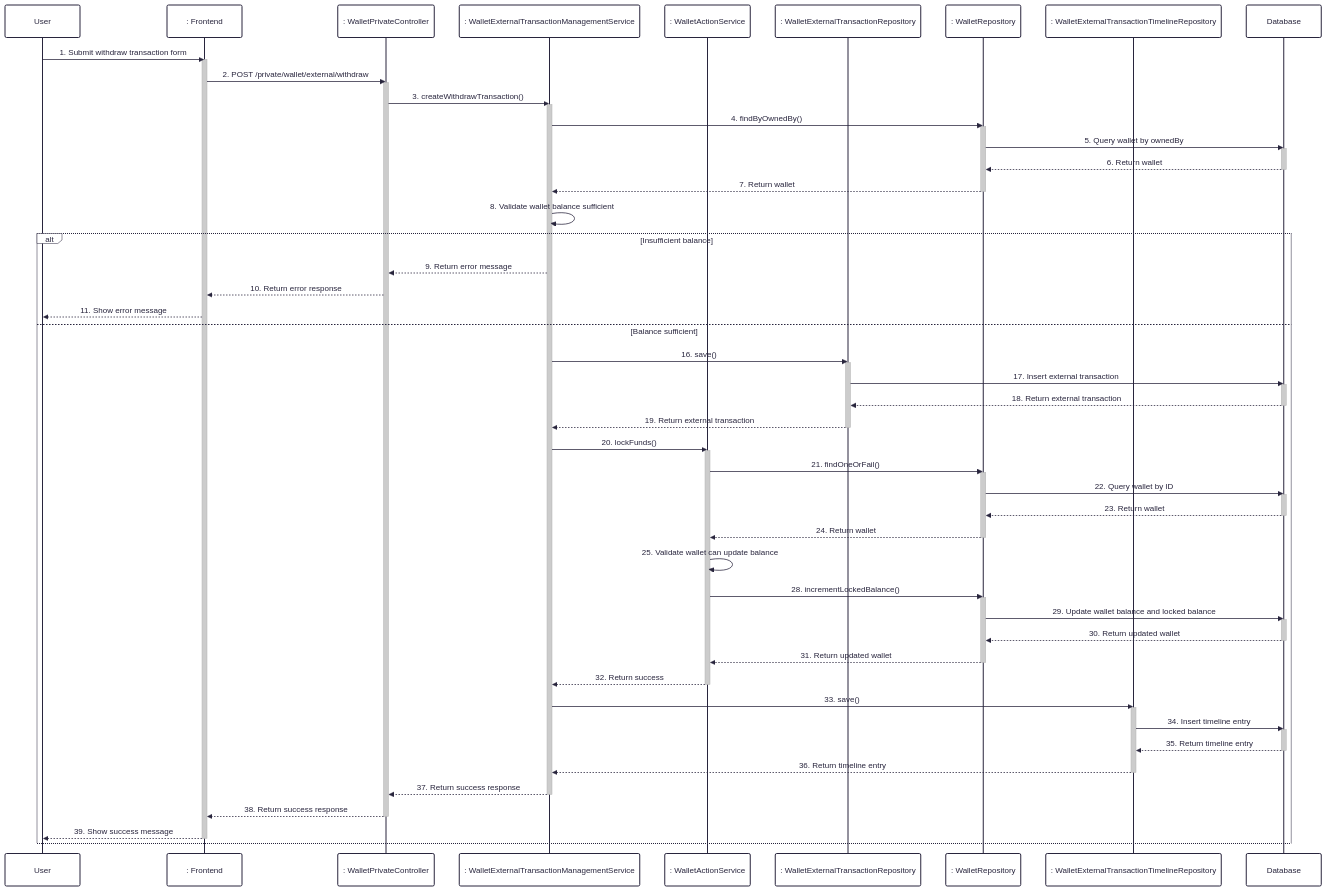
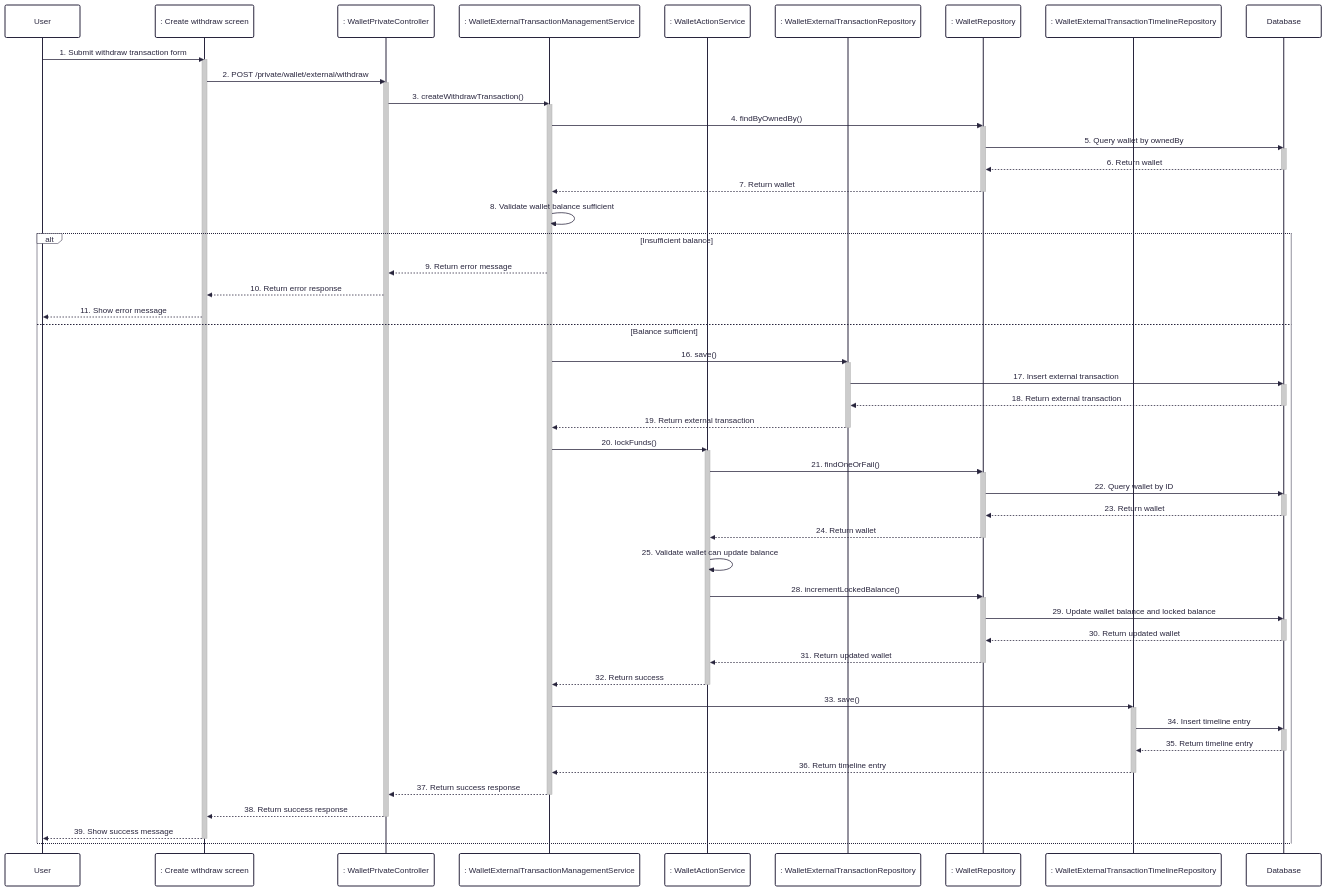
Before and after one commit to UrbanLens-2025/urban-lens_server: the diagram in docs/sequence/12-create-withdraw-transaction.md, drawn with Mermaid. The commit also changed 11 other files, not shown here.

Commit message:
Sequence diagrams

````diff
--- a/docs/sequence/12-create-withdraw-transaction.md
+++ b/docs/sequence/12-create-withdraw-transaction.md
@@ -1,82 +1,82 @@
 ```mermaid
 ---
 config:
   theme: redux
   look: classic
 ---
 sequenceDiagram
     participant User
-    participant Frontend as : Frontend
+    participant Frontend as : Create withdraw screen
     participant WalletPrivateController as : WalletPrivateController
     participant WalletExternalTransactionManagementService as : WalletExternalTransactionManagementService
     participant WalletActionService as : WalletActionService
     participant WalletExternalTransactionRepository as : WalletExternalTransactionRepository
     participant WalletRepository as : WalletRepository
     participant WalletExternalTransactionTimelineRepository as : WalletExternalTransactionTimelineRepository
     participant Database
 
     User->>Frontend: 1. Submit withdraw transaction form
     activate Frontend
     Frontend->>WalletPrivateController: 2. POST /private/wallet/external/withdraw
     activate WalletPrivateController
     WalletPrivateController->>WalletExternalTransactionManagementService: 3. createWithdrawTransaction()
     activate WalletExternalTransactionManagementService
     WalletExternalTransactionManagementService->>WalletRepository: 4. findByOwnedBy()
     activate WalletRepository
     WalletRepository->>Database: 5. Query wallet by ownedBy
     activate Database
     Database-->>WalletRepository: 6. Return wallet
     deactivate Database
     WalletRepository-->>WalletExternalTransactionManagementService: 7. Return wallet
     deactivate WalletRepository
     WalletExternalTransactionManagementService->>WalletExternalTransactionManagementService: 8. Validate wallet balance sufficient
     alt Insufficient balance
         WalletExternalTransactionManagementService-->>WalletPrivateController: 9. Return error message
         WalletPrivateController-->>Frontend: 10. Return error response
         Frontend-->>User: 11. Show error message
     else Balance sufficient
         WalletExternalTransactionManagementService->>WalletExternalTransactionRepository: 16. save()
         activate WalletExternalTransactionRepository
         WalletExternalTransactionRepository->>Database: 17. Insert external transaction
         activate Database
         Database-->>WalletExternalTransactionRepository: 18. Return external transaction
         deactivate Database
         WalletExternalTransactionRepository-->>WalletExternalTransactionManagementService: 19. Return external transaction
         deactivate WalletExternalTransactionRepository
         WalletExternalTransactionManagementService->>WalletActionService: 20. lockFunds()
         activate WalletActionService
         WalletActionService->>WalletRepository: 21. findOneOrFail()
         activate WalletRepository
         WalletRepository->>Database: 22. Query wallet by ID
         activate Database
         Database-->>WalletRepository: 23. Return wallet
         deactivate Database
         WalletRepository-->>WalletActionService: 24. Return wallet
         deactivate WalletRepository
         WalletActionService->>WalletActionService: 25. Validate wallet can update balance
         WalletActionService->>WalletRepository: 28. incrementLockedBalance()
         activate WalletRepository
         WalletRepository->>Database: 29. Update wallet balance and locked balance
         activate Database
         Database-->>WalletRepository: 30. Return updated wallet
         deactivate Database
         WalletRepository-->>WalletActionService: 31. Return updated wallet
         deactivate WalletRepository
         WalletActionService-->>WalletExternalTransactionManagementService: 32. Return success
         deactivate WalletActionService
         WalletExternalTransactionManagementService->>WalletExternalTransactionTimelineRepository: 33. save()
         activate WalletExternalTransactionTimelineRepository
         WalletExternalTransactionTimelineRepository->>Database: 34. Insert timeline entry
         activate Database
         Database-->>WalletExternalTransactionTimelineRepository: 35. Return timeline entry
         deactivate Database
         WalletExternalTransactionTimelineRepository-->>WalletExternalTransactionManagementService: 36. Return timeline entry
         deactivate WalletExternalTransactionTimelineRepository
         WalletExternalTransactionManagementService-->>WalletPrivateController: 37. Return success response
         deactivate WalletExternalTransactionManagementService
         WalletPrivateController-->>Frontend: 38. Return success response
         deactivate WalletPrivateController
         Frontend-->>User: 39. Show success message
         deactivate Frontend
     end
 ```
````
